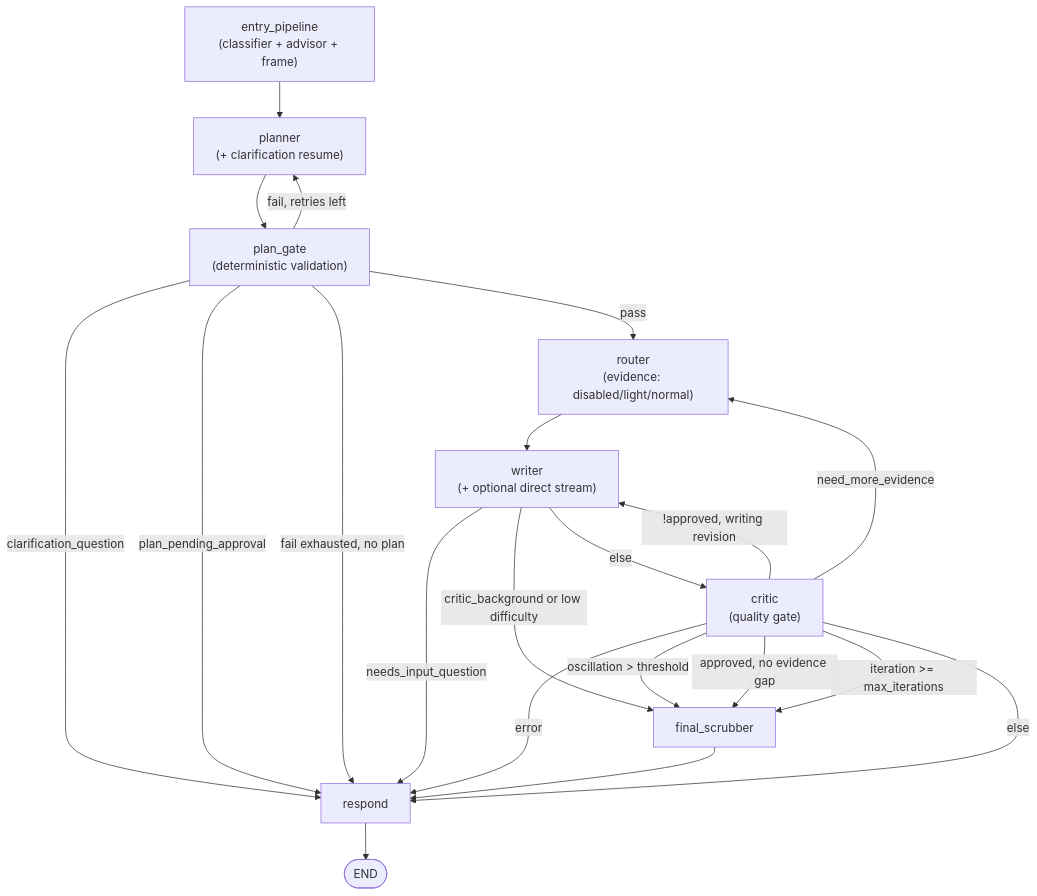
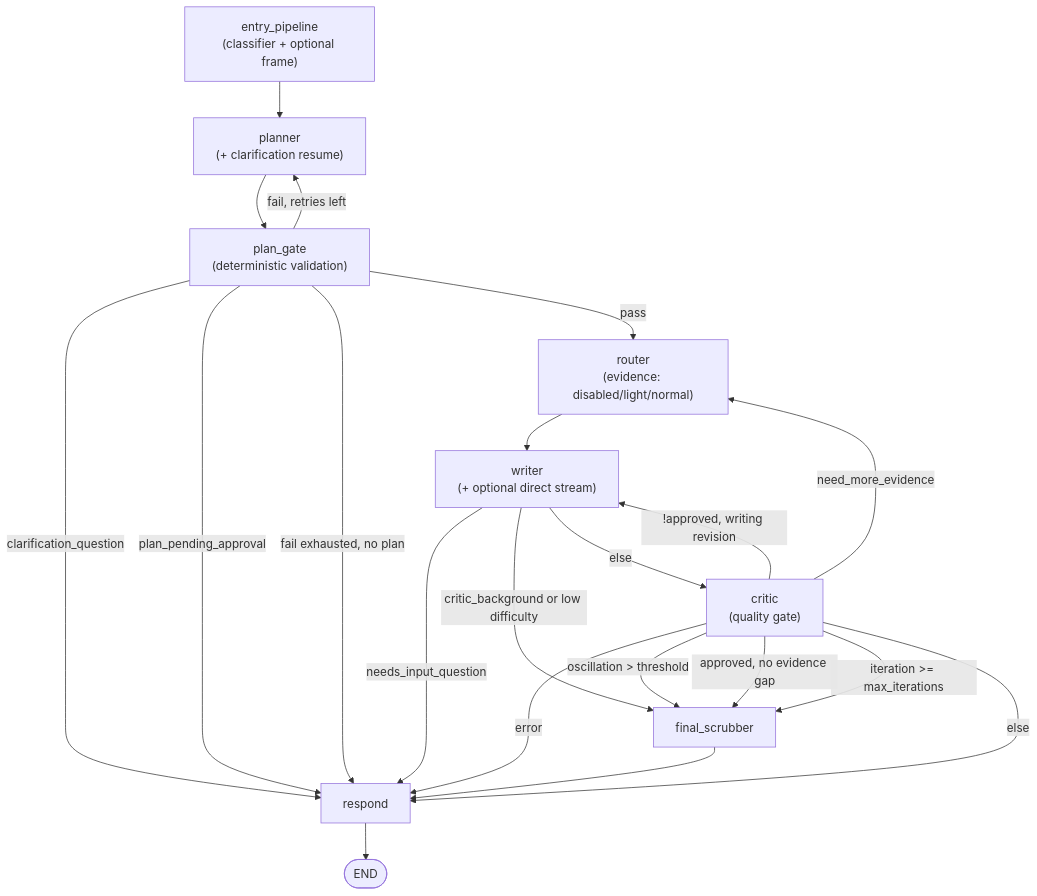
One commit to supernovae/synesis changed the diagram in docs/WORKFLOW.md. Above: the diagram before and after it, drawn with Mermaid. The commit also changed other lines of this file and 26 other files, not shown here.

````diff
--- a/docs/WORKFLOW.md
+++ b/docs/WORKFLOW.md
@@ -78,23 +79,23 @@
 ```mermaid
 flowchart TD
-    EP["entry_pipeline\n(classifier + advisor + frame)"] --> PL["planner\n(+ clarification resume)"]
+    EP["entry_pipeline\n(classifier + optional frame)"] --> PL["planner\n(+ clarification resume)"]
     PL --> PG["plan_gate\n(deterministic validation)"]
     PG -->|"fail, retries left"| PL
     PG -->|"clarification_question"| RS["respond"]
     PG -->|"plan_pending_approval"| RS
     PG -->|"fail exhausted, no plan"| RS
     PG -->|pass| RT["router\n(evidence: disabled/light/normal)"]
     RT --> WR["writer\n(+ optional direct stream)"]
     WR -->|"needs_input_question"| RS
     WR -->|"critic_background or low difficulty"| FS["final_scrubber"]
     WR -->|else| CR["critic\n(quality gate)"]
     CR -->|error| RS
     CR -->|"oscillation > threshold"| FS
     CR -->|"approved, no evidence gap"| FS
     CR -->|"iteration >= max_iterations"| FS
     CR -->|"need_more_evidence"| RT
     CR -->|"!approved, writing revision"| WR
     CR -->|else| RS
     FS --> RS
     RS --> endNode([END])
 ```
````
